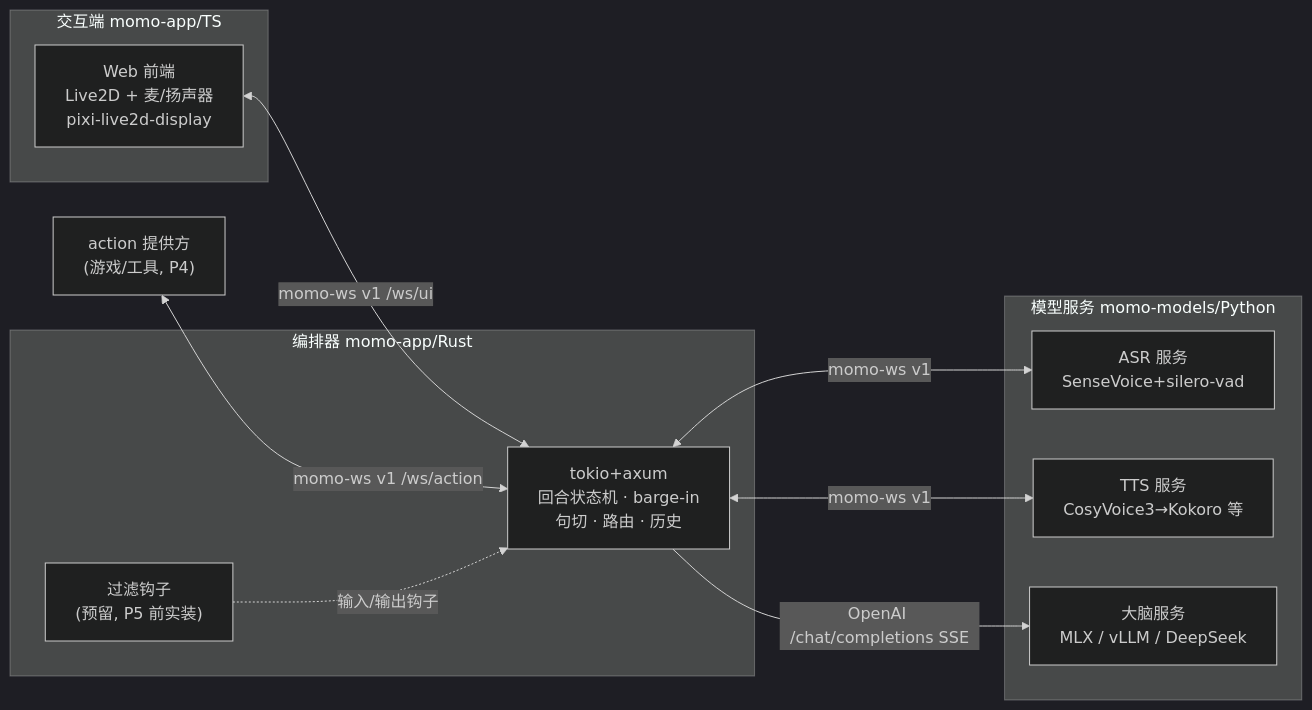
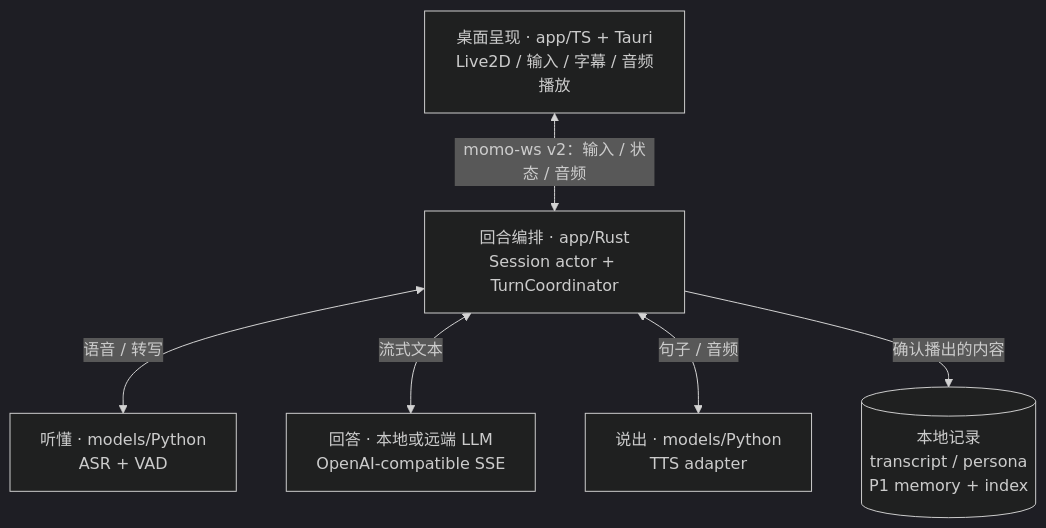
One commit to Momoyeyu/momo changed the first of 5 diagrams in docs/01-architecture/system.md. Above: the diagram before and after it, drawn with Mermaid (dark theme). The commit also changed other lines of this file and 122 other files, not shown here.

````diff
--- a/docs/01-architecture/system.md
+++ b/docs/01-architecture/system.md
@@ -7,26 +7,14 @@
 ```mermaid
-flowchart LR
-    subgraph CLIENT["交互端 momo-app/TS"]
-        UI["Web 前端<br/>Live2D + 麦/扬声器<br/>pixi-live2d-display"]
-    end
-
-    subgraph ORCH["编排器 momo-app/Rust"]
-        CORE["tokio+axum<br/>回合状态机 · barge-in<br/>句切 · 路由 · 历史"]
-        FILTER["过滤钩子<br/>(预留, P5 前实装)"]
-    end
-
-    subgraph MODELS["模型服务 momo-models/Python"]
-        ASR["ASR 服务<br/>SenseVoice+silero-vad"]
-        TTS["TTS 服务<br/>CosyVoice3→Kokoro 等"]
-        BRAIN["大脑服务<br/>MLX / vLLM / DeepSeek"]
-    end
-
-    ACT["action 提供方<br/>(游戏/工具, P4)"]
-
-    UI <-->|"momo-ws v1 /ws/ui"| CORE
-    ACT <-->|"momo-ws v1 /ws/action"| CORE
-    CORE <-->|"momo-ws v1"| ASR
-    CORE <-->|"momo-ws v1"| TTS
-    CORE -->|"OpenAI /chat/completions SSE"| BRAIN
-    FILTER -.->|"输入/输出钩子"| CORE
+flowchart TB
+    DESK["桌面呈现 · app/TS + Tauri<br/>Live2D / 输入 / 字幕 / 音频播放"]
+    TURN["回合编排 · app/Rust<br/>Session actor + TurnCoordinator"]
+    ASR["听懂 · models/Python<br/>ASR + VAD"]
+    LLM["回答 · 本地或远端 LLM<br/>OpenAI-compatible SSE"]
+    TTS["说出 · models/Python<br/>TTS adapter"]
+    DATA[("本地记录<br/>transcript / persona<br/>P1 memory + index")]
+    DESK <-->|"momo-ws v2：输入 / 状态 / 音频"| TURN
+    TURN <-->|"语音 / 转写"| ASR
+    TURN <-->|"流式文本"| LLM
+    TURN <-->|"句子 / 音频"| TTS
+    TURN -->|"确认播出的内容"| DATA
 ```
````
